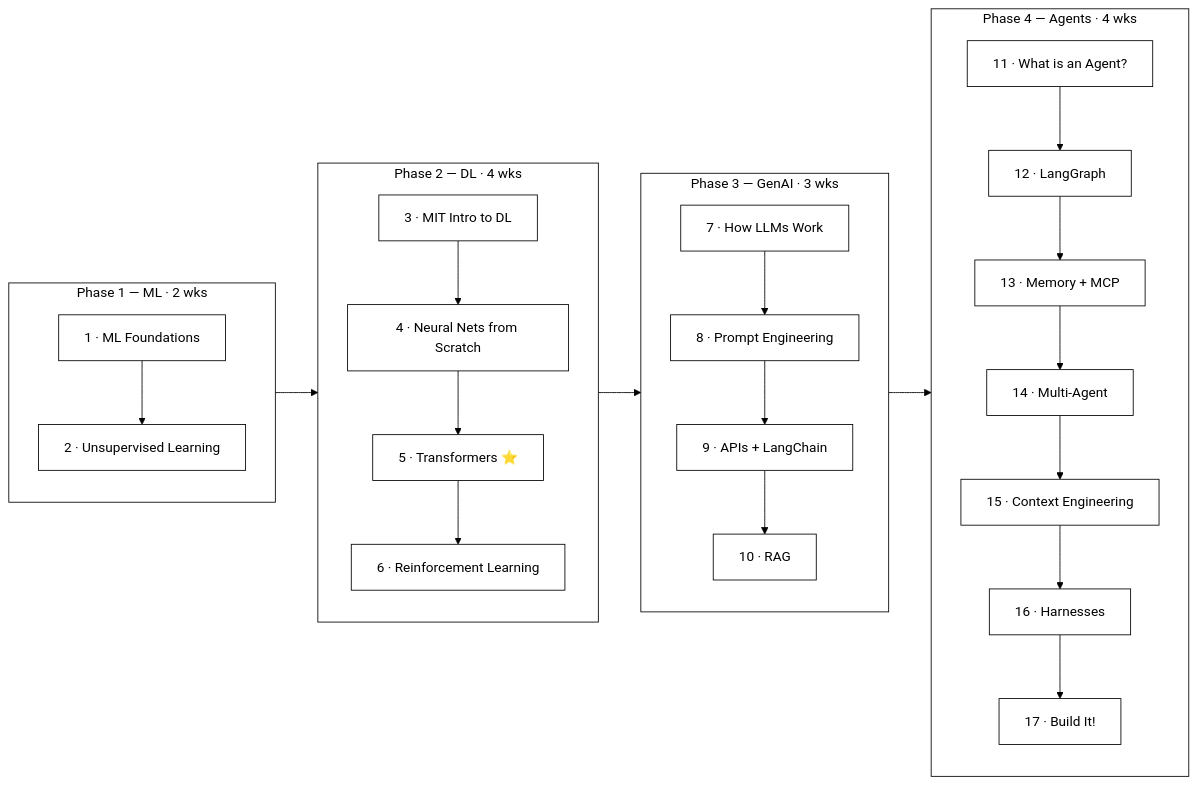
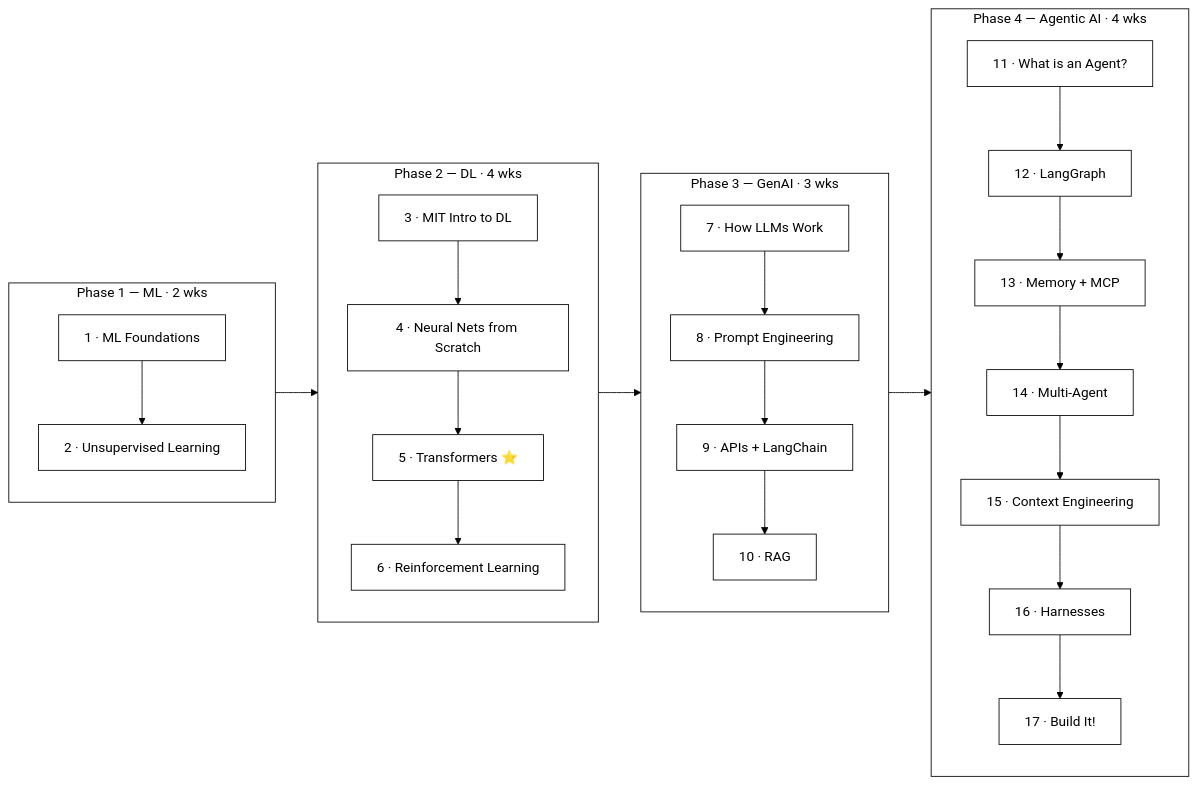
The diagram in README.md (rohitkhattar/agentic-ai-learning-2026), drawn with Mermaid before and after one commit.

Commit message:
README: label Phase 4 as Agentic AI in flowchart
Made-with: Cursor

````diff
--- a/README.md
+++ b/README.md
@@ -10,42 +10,42 @@
 ```mermaid
 %%{init: {'theme': 'base', 'themeVariables': {'primaryColor': '#ffffff', 'primaryBorderColor': '#000000', 'primaryTextColor': '#000000', 'lineColor': '#000000', 'secondaryColor': '#ffffff', 'tertiaryColor': '#ffffff', 'clusterBkg': '#ffffff', 'clusterBorder': '#000000'}}}%%
 flowchart LR
     subgraph P1[" Phase 1 — ML · 2 wks "]
         direction TB
         S1["1 · ML Foundations"]
         S2["2 · Unsupervised Learning"]
         S1 --> S2
     end
 
     subgraph P2[" Phase 2 — DL · 4 wks "]
         direction TB
         S3["3 · MIT Intro to DL"]
         S4["4 · Neural Nets from Scratch"]
         S5["5 · Transformers ⭐"]
         S6["6 · Reinforcement Learning"]
         S3 --> S4 --> S5 --> S6
     end
 
     subgraph P3[" Phase 3 — GenAI · 3 wks "]
         direction TB
         S7["7 · How LLMs Work"]
         S8["8 · Prompt Engineering"]
         S9["9 · APIs + LangChain"]
         S10["10 · RAG"]
         S7 --> S8 --> S9 --> S10
     end
 
-    subgraph P4[" Phase 4 — Agents · 4 wks "]
+    subgraph P4[" Phase 4 — Agentic AI · 4 wks "]
         direction TB
         S11["11 · What is an Agent?"]
         S12["12 · LangGraph"]
         S13["13 · Memory + MCP"]
         S14["14 · Multi-Agent"]
         S15["15 · Context Engineering"]
         S16["16 · Harnesses"]
         S17["17 · Build It!"]
         S11 --> S12 --> S13 --> S14 --> S15 --> S16 --> S17
     end
 
     P1 --> P2 --> P3 --> P4
 ```
````
